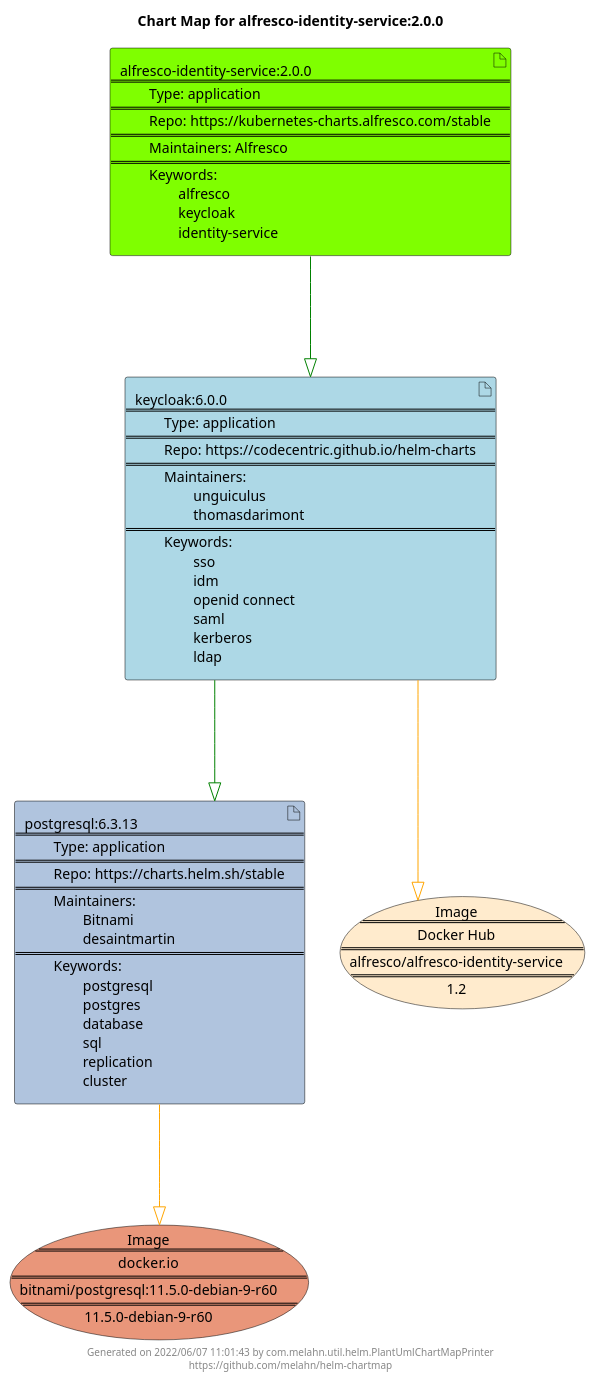
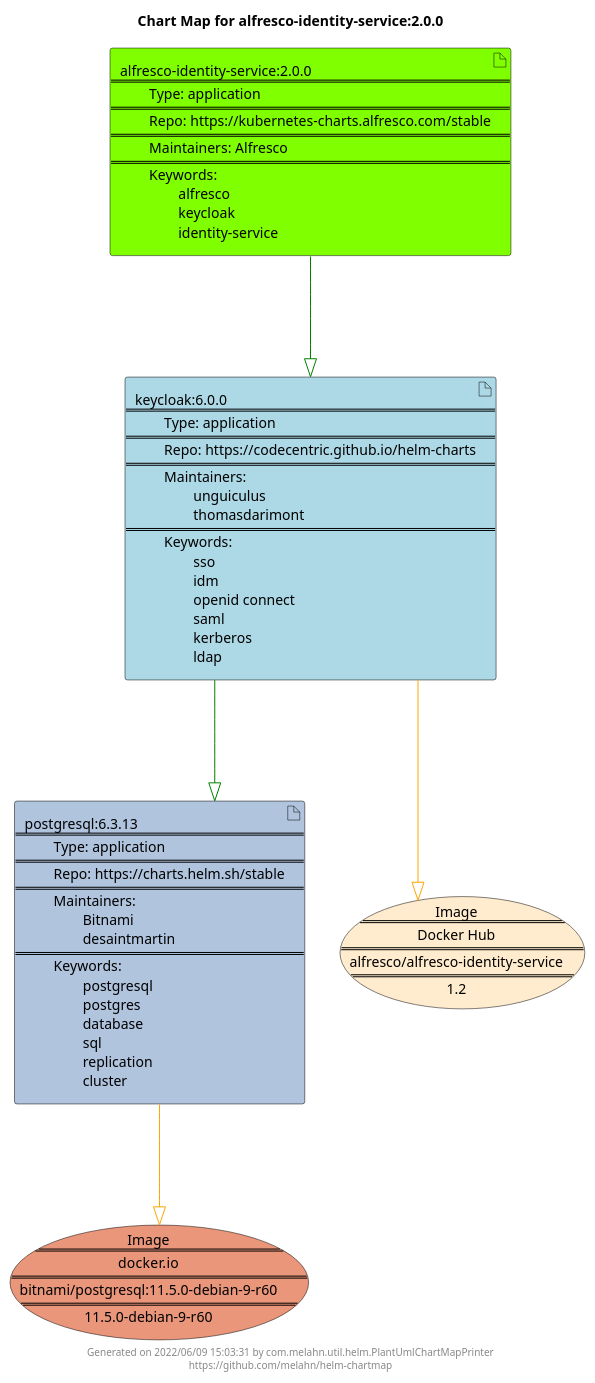
One commit to melahn/helm-chartmap changed the diagram in docs/alfresco-identity-service/alfresco-identity-service-2.0.0.puml. Above: the diagram before and after it, drawn with PlantUML. The commit also changed 60 other files, not shown here.

Commit message:
Update Example Chart Maps as part of GitHub build

```diff
--- a/docs/alfresco-identity-service/alfresco-identity-service-2.0.0.puml
+++ b/docs/alfresco-identity-service/alfresco-identity-service-2.0.0.puml
@@ -1,27 +1,27 @@
 @startuml
 skinparam linetype ortho
 skinparam backgroundColor white
 skinparam usecaseBorderColor black
 skinparam usecaseArrowColor LightSlateGray
 skinparam artifactBorderColor black
 skinparam artifactArrowColor LightSlateGray
 
 title Chart Map for alfresco-identity-service:2.0.0
 
 'There are 3 referenced Helm Charts
 artifact "postgresql:6.3.13\n====\n\tType: application\n====\n\tRepo: https://charts.helm.sh/stable\n====\n\tMaintainers: \n\t\tBitnami\n\t\tdesaintmartin\n====\n\tKeywords: \n\t\tpostgresql\n\t\tpostgres\n\t\tdatabase\n\t\tsql\n\t\treplication\n\t\tcluster" as postgresql_6_3_13 #LightSteelBlue
 artifact "keycloak:6.0.0\n====\n\tType: application\n====\n\tRepo: https://codecentric.github.io/helm-charts\n====\n\tMaintainers: \n\t\tunguiculus\n\t\tthomasdarimont\n====\n\tKeywords: \n\t\tsso\n\t\tidm\n\t\topenid connect\n\t\tsaml\n\t\tkerberos\n\t\tldap" as keycloak_6_0_0 #LightBlue
 artifact "alfresco-identity-service:2.0.0\n====\n\tType: application\n====\n\tRepo: https://kubernetes-charts.alfresco.com/stable\n====\n\tMaintainers: Alfresco\n====\n\tKeywords: \n\t\talfresco\n\t\tkeycloak\n\t\tidentity-service" as alfresco_identity_service_2_0_0 #Chartreuse
 
 'There are 2 referenced Docker Images
 usecase "Image\n====\ndocker.io\n====\nbitnami/postgresql:11.5.0-debian-9-r60\n====\n11.5.0-debian-9-r60" as docker_io_bitnami_postgresql_11_5_0_debian_9_r60 #DarkSalmon
 usecase "Image\n====\nDocker Hub\n====\nalfresco/alfresco-identity-service\n====\n1.2" as alfresco_alfresco_identity_service_1_2 #BlanchedAlmond
 
 'Chart Dependencies
 alfresco_identity_service_2_0_0--[#green]-|>keycloak_6_0_0
 keycloak_6_0_0--[#green]-|>postgresql_6_3_13
 postgresql_6_3_13--[#orange]-|>docker_io_bitnami_postgresql_11_5_0_debian_9_r60
 keycloak_6_0_0--[#orange]-|>alfresco_alfresco_identity_service_1_2
 
-center footer Generated on 2022/06/07 11:01:43 by com.melahn.util.helm.PlantUmlChartMapPrinter\nhttps://github.com/melahn/helm-chartmap
+center footer Generated on 2022/06/09 15:03:31 by com.melahn.util.helm.PlantUmlChartMapPrinter\nhttps://github.com/melahn/helm-chartmap
 @enduml
```
